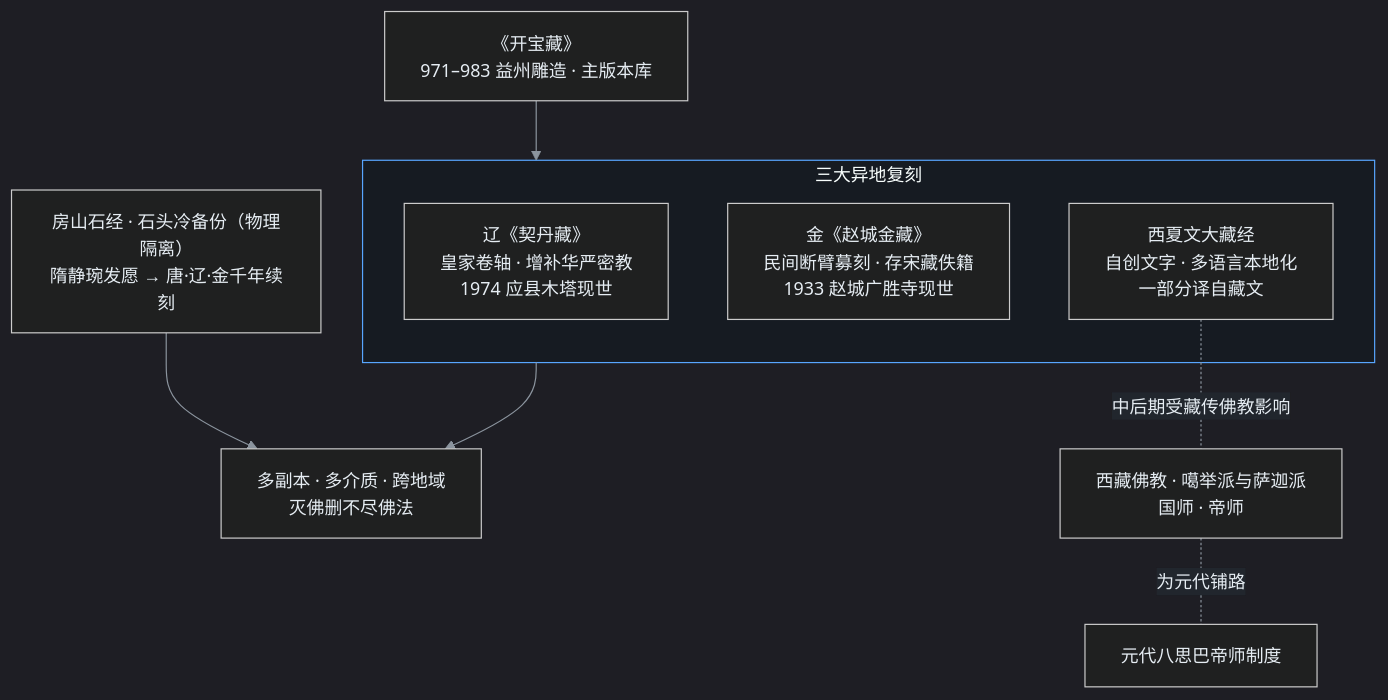
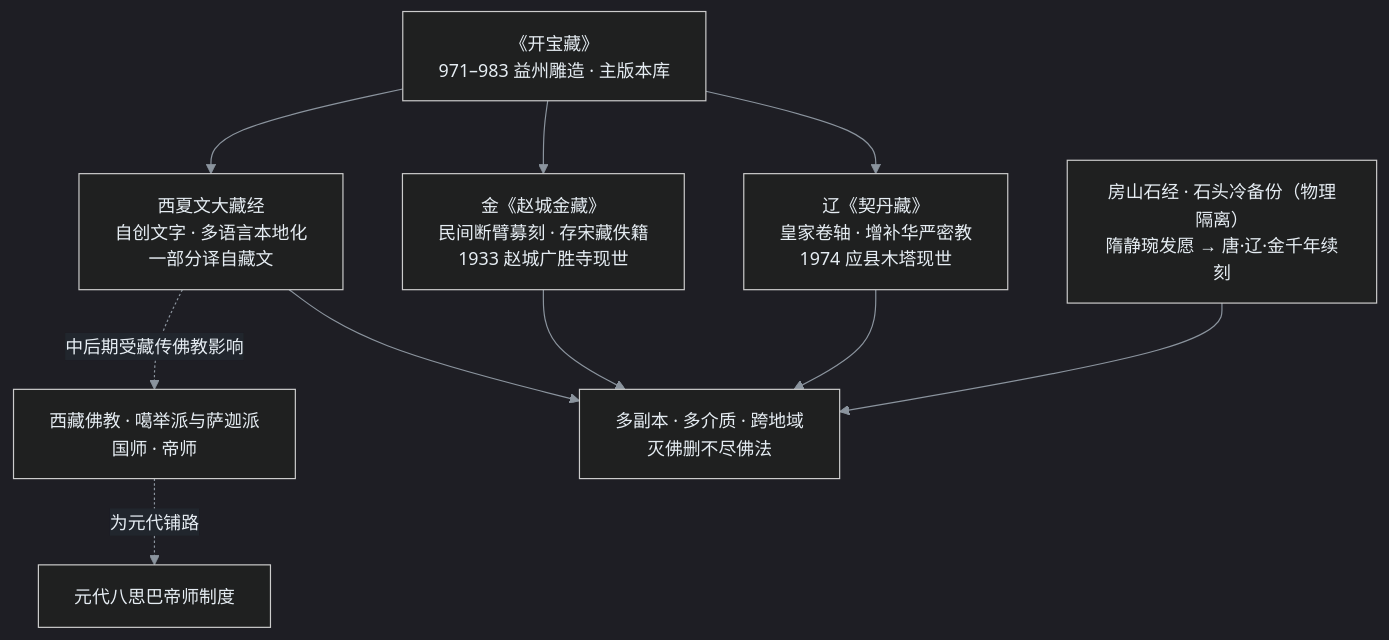
Before and after one commit to yeyangchen2009/draft-review: the diagram in drafts/中系/中27-辽西夏金三大刻藏房山石经与藏传东渐.md, drawn with Mermaid. The commit also changed other lines of this file and 11 other files, not shown here.

````diff
--- a/drafts/中系/中27-辽西夏金三大刻藏房山石经与藏传东渐.md
+++ b/drafts/中系/中27-辽西夏金三大刻藏房山石经与藏传东渐.md
@@ -132,16 +138,15 @@
 ```mermaid
 %%{init: {'theme':'dark','themeVariables':{'background':'#0d1117','primaryColor':'#1f6feb','primaryTextColor':'#ffffff','primaryBorderColor':'#79c0ff','secondaryColor':'#21262d','tertiaryColor':'#30363d','lineColor':'#8b949e','textColor':'#e6edf3','clusterBkg':'#161b22','clusterBorder':'#58a6ff','edgeLabelBackground':'#21262d','fontSize':'15px'}}}%%
 flowchart TD
   KAI["《开宝藏》<br/>971–983 益州雕造 · 主版本库"]
-  subgraph MIRROR["三大异地复刻"]
-    LIAO["辽《契丹藏》<br/>皇家卷轴 · 增补华严密教<br/>1974 应县木塔现世"]
-    JIN["金《赵城金藏》<br/>民间断臂募刻 · 存宋藏佚籍<br/>1933 赵城广胜寺现世"]
-    XIXIA["西夏文大藏经<br/>自创文字 · 多语言本地化<br/>一部分译自藏文"]
-  end
-  KAI --> MIRROR
+  KAI --> LIAO["辽《契丹藏》<br/>皇家卷轴 · 增补华严密教<br/>1974 应县木塔现世"]
+  KAI --> JIN["金《赵城金藏》<br/>民间断臂募刻 · 存宋藏佚籍<br/>1933 赵城广胜寺现世"]
+  KAI --> XIXIA["西夏文大藏经<br/>自创文字 · 多语言本地化<br/>一部分译自藏文"]
   STONE["房山石经 · 石头冷备份（物理隔离）<br/>隋静琬发愿 → 唐·辽·金千年续刻"]
-  MIRROR --> KEEP["多副本 · 多介质 · 跨地域<br/>灭佛删不尽佛法"]
+  LIAO --> KEEP["多副本 · 多介质 · 跨地域<br/>灭佛删不尽佛法"]
+  JIN --> KEEP
+  XIXIA --> KEEP
   STONE --> KEEP
-  XIXIA -. 中后期受藏传佛教影响 .- TIBET["西藏佛教 · 噶举派与萨迦派<br/>国师 · 帝师"]
-  TIBET -. 为元代铺路 .- NEXT["元代八思巴帝师制度"]
+  XIXIA -. 中后期受藏传佛教影响 .-> TIBET["西藏佛教 · 噶举派与萨迦派<br/>国师 · 帝师"]
+  TIBET -. 为元代铺路 .-> NEXT["元代八思巴帝师制度"]
 ```
````
